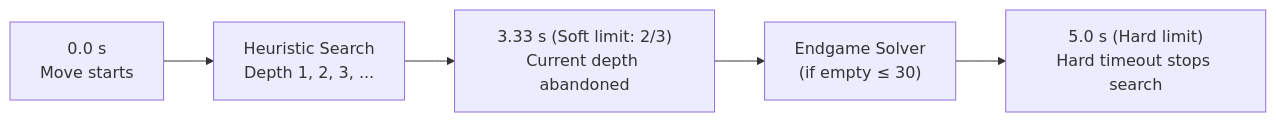
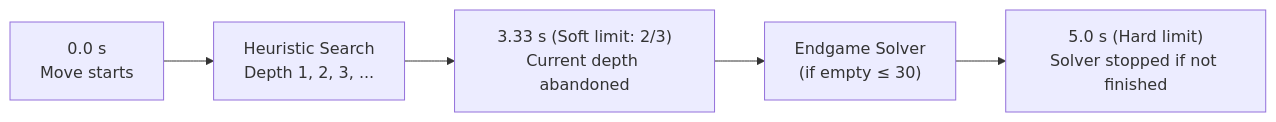
Before and after one commit to cjp-dev/Connect-4: the diagram in docs/brain/10-time-control.md, drawn with Mermaid. The commit also changed other lines of this file and 9 other files, not shown here.

````diff
--- a/docs/brain/10-time-control.md
+++ b/docs/brain/10-time-control.md
@@ -40,7 +40,7 @@
 ```mermaid
 flowchart LR
     Start["0.0 s<br/>Move starts"] --> Search["Heuristic Search<br/>Depth 1, 2, 3, ..."]
     Search --> Soft["3.33 s (Soft limit: 2/3)<br/>Current depth abandoned"]
     Soft --> Solver["Endgame Solver<br/>(if empty &le; 30)"]
-    Solver --> Hard["5.0 s (Hard limit)<br/>Hard timeout stops search"]
+    Solver --> Hard["5.0 s (Hard limit)<br/>Solver stopped if not finished"]
 ```
````
